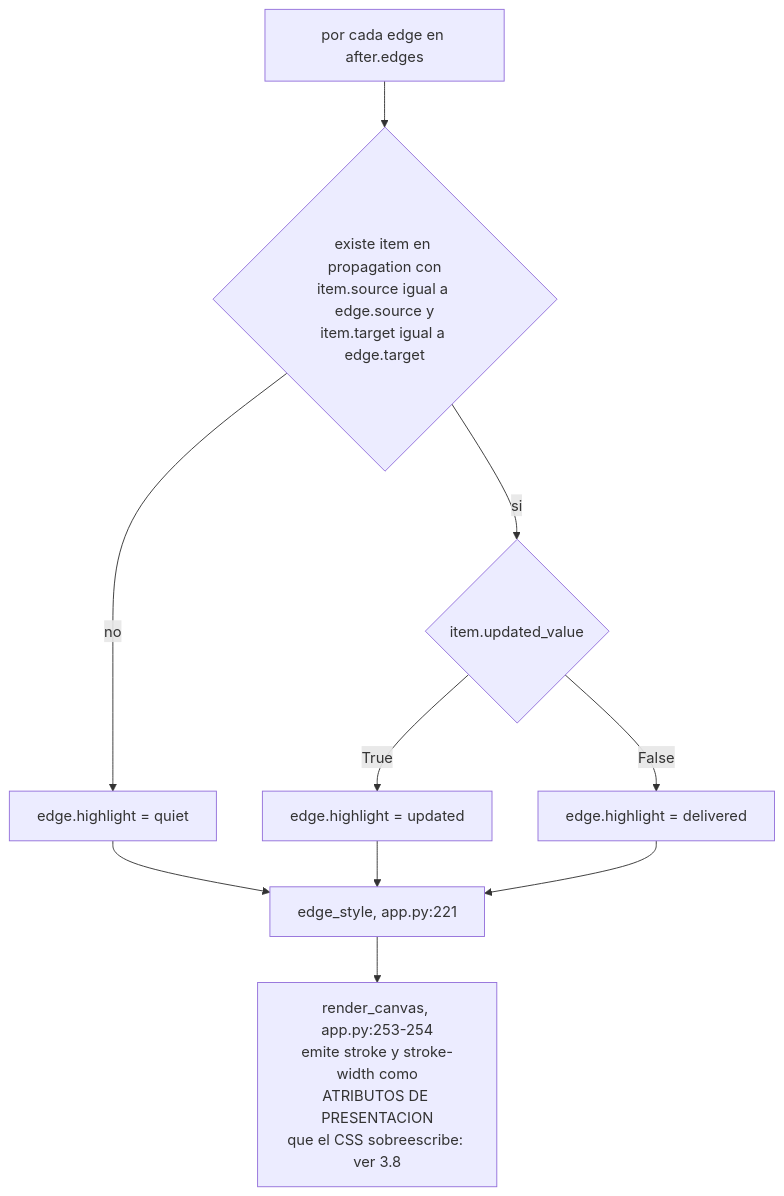
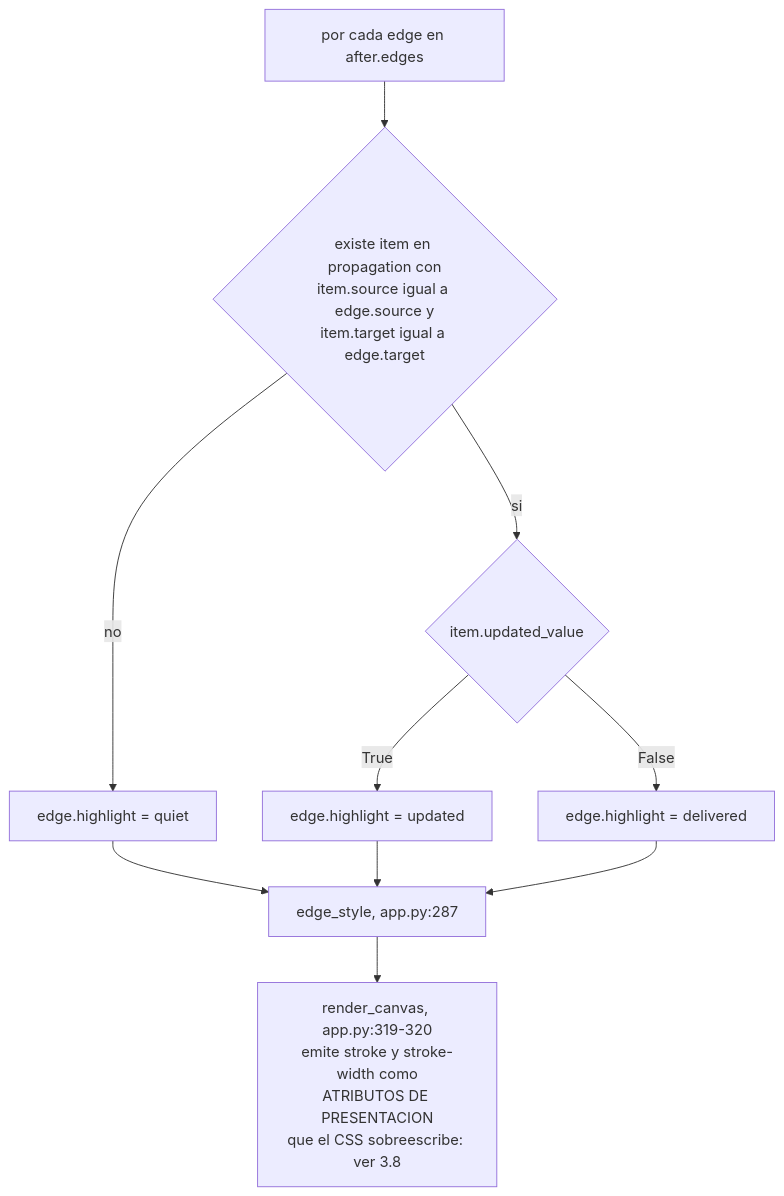
Before and after one commit to Rou-uu/consenso-simulador: the second of 4 diagrams in docs/04-simulacion-individual.md, drawn with Mermaid. The commit also changed other lines of this file and 19 other files, not shown here.

````diff
--- a/docs/04-simulacion-individual.md
+++ b/docs/04-simulacion-individual.md
@@ -447,12 +447,12 @@
 ```mermaid
 flowchart TD
     A["por cada edge en after.edges"] --> B{"existe item en propagation con<br/>item.source igual a edge.source y<br/>item.target igual a edge.target"}
     B -- no --> Q["edge.highlight = quiet"]
     B -- si --> C{"item.updated_value"}
     C -- True --> U["edge.highlight = updated"]
     C -- False --> D["edge.highlight = delivered"]
-    Q --> S["edge_style, app.py:221"]
+    Q --> S["edge_style, app.py:287"]
     U --> S
     D --> S
-    S --> R["render_canvas, app.py:253-254<br/>emite stroke y stroke-width como<br/>ATRIBUTOS DE PRESENTACION<br/>que el CSS sobreescribe: ver 3.8"]
+    S --> R["render_canvas, app.py:319-320<br/>emite stroke y stroke-width como<br/>ATRIBUTOS DE PRESENTACION<br/>que el CSS sobreescribe: ver 3.8"]
 ```
````
